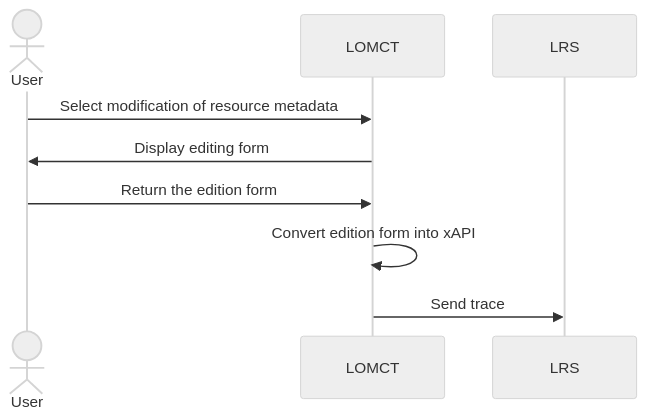
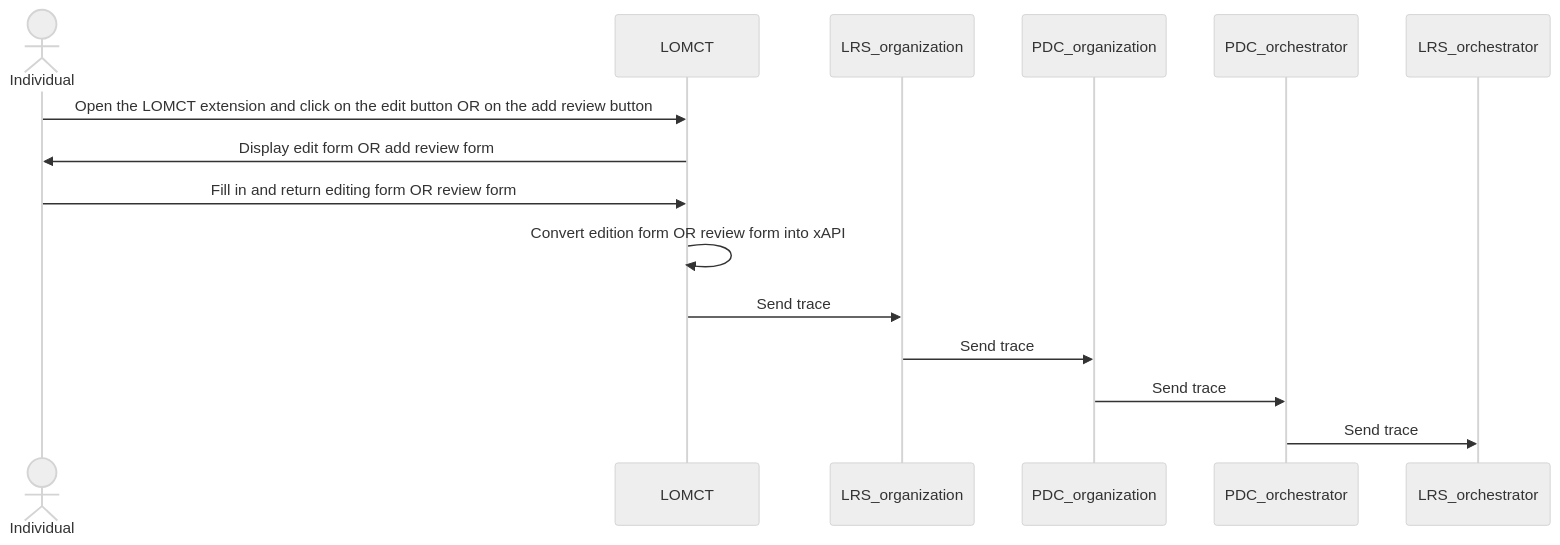
The third of 3 diagrams in docs/design-document.md (Prometheus-X-association/lomct), drawn with Mermaid (neutral theme) before and after one commit. The commit also changed other lines of this file, not shown here.

````diff
--- a/docs/design-document.md
+++ b/docs/design-document.md
@@ -549,9 +403,12 @@
 ```mermaid
 sequenceDiagram
-   actor User as User
-   User->>LOMCT: Select modification of resource metadata
-   LOMCT->>User: Display editing form
-   User->>LOMCT: Return the edition form
-   LOMCT->>LOMCT: Convert edition form into xAPI
-   LOMCT->>LRS: Send trace
+   actor Individual as Individual
+   Individual->>LOMCT: Open the LOMCT extension and click on the edit button OR on the add review button
+   LOMCT->>Individual: Display edit form OR add review form
+   Individual->>LOMCT: Fill in and return editing form OR review form
+   LOMCT->>LOMCT: Convert edition form OR review form into xAPI
+   LOMCT->>LRS_organization: Send trace
+   LRS_organization->>PDC_organization: Send trace
+   PDC_organization->>PDC_orchestrator: Send trace
+   PDC_orchestrator->>LRS_orchestrator: Send trace
 ```
````
